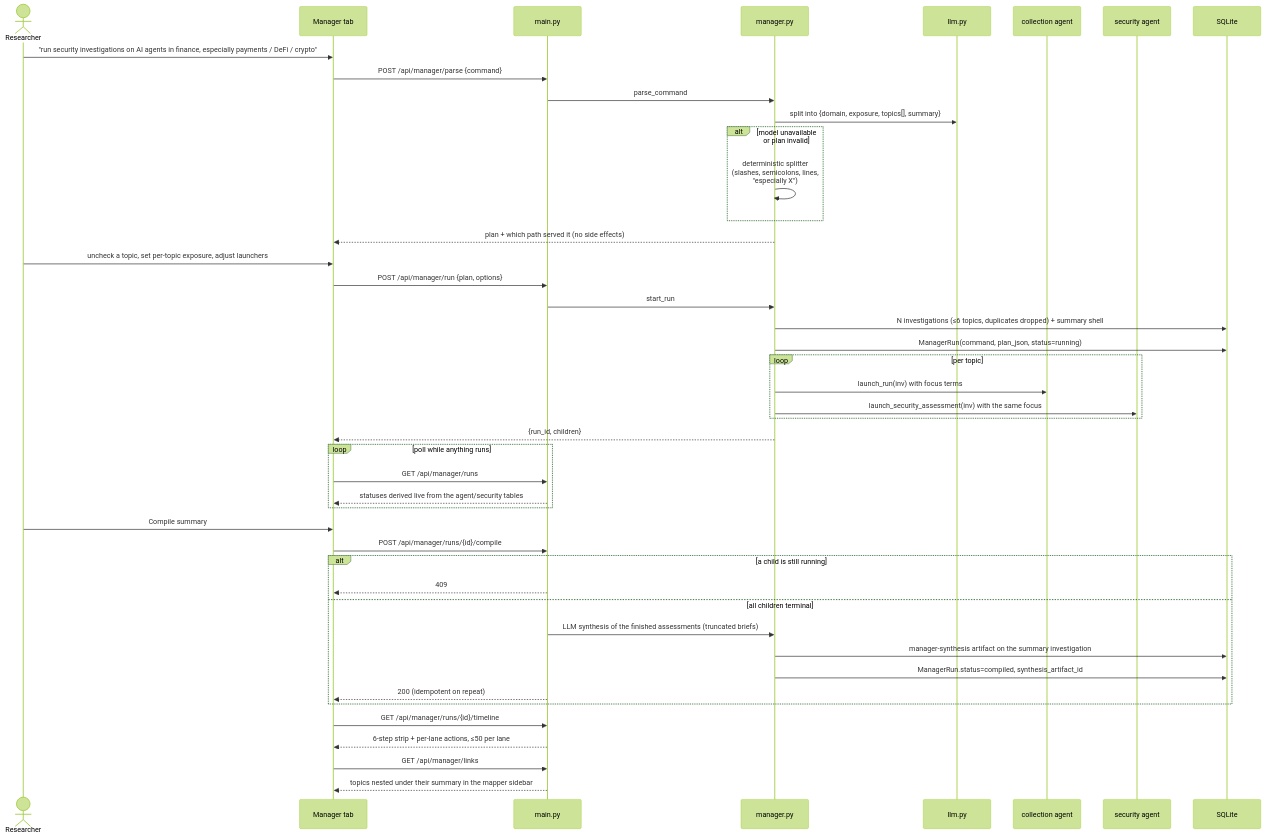
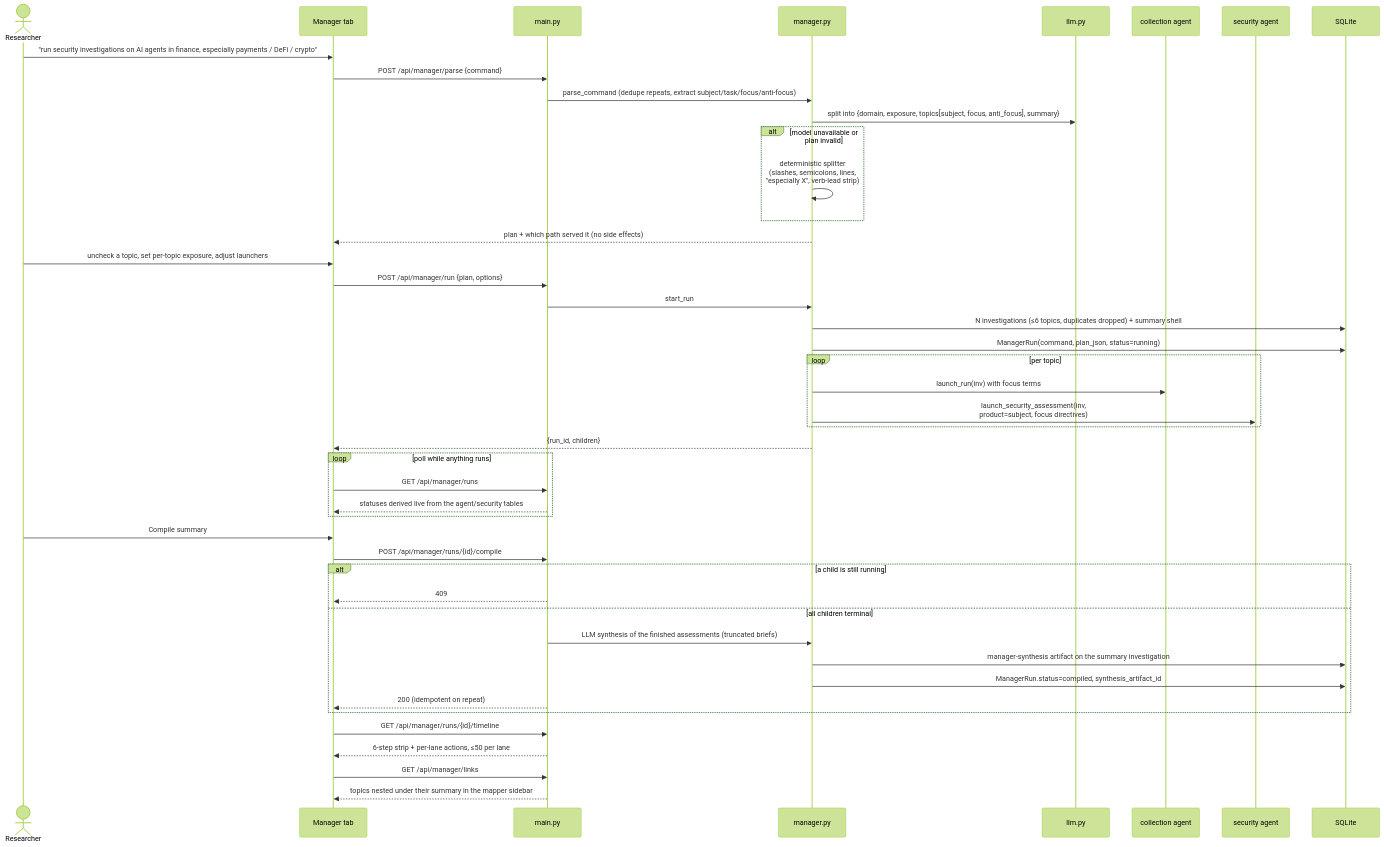
One commit to harishgovardhandamodar/agentic-knowledge-mapper changed the fifth of 12 diagrams in design/interaction.md. Above: the diagram before and after it, drawn with Mermaid (forest theme). The commit also changed other lines of this file and 3 other files, not shown here.

````diff
--- a/design/interaction.md
+++ b/design/interaction.md
@@ -213,48 +228,48 @@
 ```mermaid
 sequenceDiagram
     actor R as Researcher
     participant UI as Manager tab
     participant API as main.py
     participant MGR as manager.py
     participant LLM as llm.py
     participant AG as collection agent
     participant SA as security agent
     participant DB as SQLite
     R->>UI: "run security investigations on AI agents in finance, especially payments / DeFi / crypto"
     UI->>API: POST /api/manager/parse {command}
-    API->>MGR: parse_command
-    MGR->>LLM: split into {domain, exposure, topics[], summary}
+    API->>MGR: parse_command (dedupe repeats, extract subject/task/focus/anti-focus)
+    MGR->>LLM: split into {domain, exposure, topics[subject, focus, anti_focus], summary}
     alt model unavailable or plan invalid
-        MGR->>MGR: deterministic splitter<br/>(slashes, semicolons, lines,<br/>"especially X")
+        MGR->>MGR: deterministic splitter<br/>(slashes, semicolons, lines,<br/>"especially X", verb-lead strip)
     end
     MGR-->>UI: plan + which path served it (no side effects)
     R->>UI: uncheck a topic, set per-topic exposure, adjust launchers
     UI->>API: POST /api/manager/run {plan, options}
     API->>MGR: start_run
     MGR->>DB: N investigations (≤6 topics, duplicates dropped) + summary shell
     MGR->>DB: ManagerRun(command, plan_json, status=running)
     loop per topic
         MGR->>AG: launch_run(inv) with focus terms
-        MGR->>SA: launch_security_assessment(inv) with the same focus
+        MGR->>SA: launch_security_assessment(inv,<br/>product=subject, focus directives)
     end
     MGR-->>UI: {run_id, children}
     loop poll while anything runs
         UI->>API: GET /api/manager/runs
         API-->>UI: statuses derived live from the agent/security tables
     end
     R->>UI: Compile summary
     UI->>API: POST /api/manager/runs/{id}/compile
     alt a child is still running
         API-->>UI: 409
     else all children terminal
         API->>MGR: LLM synthesis of the finished assessments (truncated briefs)
         MGR->>DB: manager-synthesis artifact on the summary investigation
         MGR->>DB: ManagerRun.status=compiled, synthesis_artifact_id
         API-->>UI: 200 (idempotent on repeat)
     end
     UI->>API: GET /api/manager/runs/{id}/timeline
     API-->>UI: 6-step strip + per-lane actions, ≤50 per lane
     UI->>API: GET /api/manager/links
     API-->>UI: topics nested under their summary in the mapper sidebar
 
 ```
````
